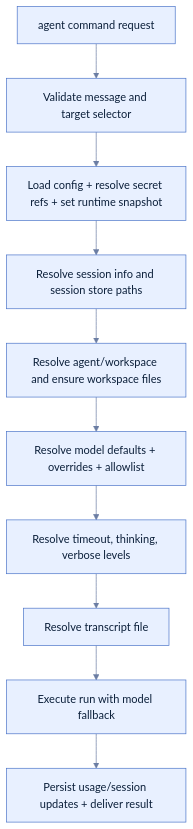
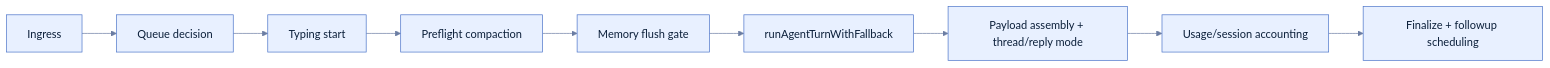
Before and after one commit to louisdevzz/foxfang: the first of 6 diagrams in docs/architecture/agent-loop-runtime.md, drawn with Mermaid. The commit also changed other lines of this file and 54 other files, not shown here.

````diff
--- a/docs/architecture/agent-loop-runtime.md
+++ b/docs/architecture/agent-loop-runtime.md
@@ -18,13 +20,12 @@
 ```mermaid
 %%{init: {'theme':'base','themeVariables': {'primaryColor':'#E8F0FF','primaryTextColor':'#0B1F3A','primaryBorderColor':'#4B74C9','lineColor':'#6B7DA3','secondaryColor':'#E9FFF4','tertiaryColor':'#FFF4E6','fontFamily':'Inter, system-ui, sans-serif'}}}%%
-flowchart TD
-    A0["agent command request"] --> A1["Validate message and target selector"]
-    A1 --> A2["Load config + resolve secret refs + set runtime snapshot"]
-    A2 --> A3["Resolve session info and session store paths"]
-    A3 --> A4["Resolve agent/workspace and ensure workspace files"]
-    A4 --> A5["Resolve model defaults + overrides + allowlist"]
-    A5 --> A6["Resolve timeout, thinking, verbose levels"]
-    A6 --> A7["Resolve transcript file"]
-    A7 --> A8["Execute run with model fallback"]
-    A8 --> A9["Persist usage/session updates + deliver result"]
+flowchart LR
+    P0["Ingress"] --> P1["Queue decision"]
+    P1 --> P2["Typing start"]
+    P2 --> P3["Preflight compaction"]
+    P3 --> P4["Memory flush gate"]
+    P4 --> P5["runAgentTurnWithFallback"]
+    P5 --> P6["Payload assembly + thread/reply mode"]
+    P6 --> P7["Usage/session accounting"]
+    P7 --> P8["Finalize + followup scheduling"]
 ```
````
